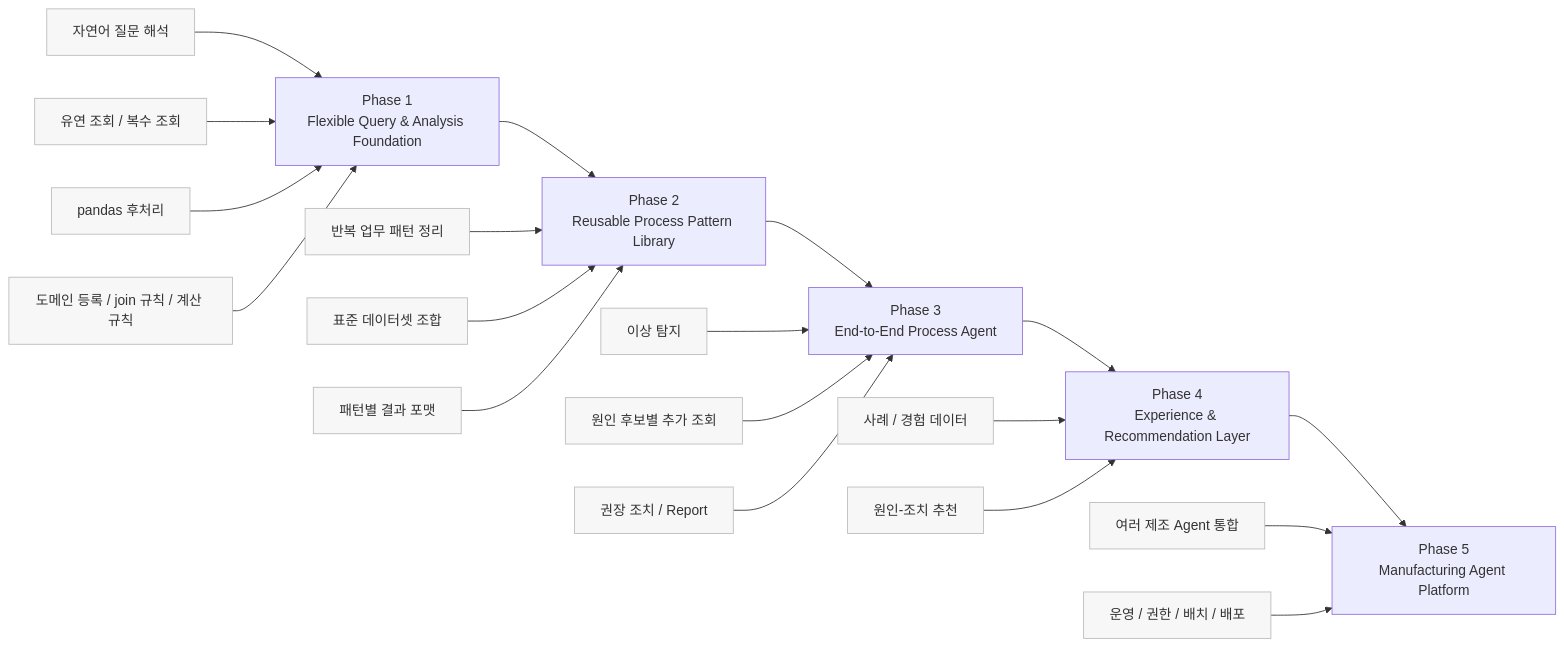
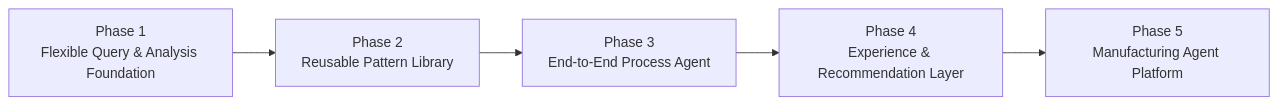
The first of 5 diagrams in reference_materials/docs/MANUFACTURING_AGENT_DIAGRAMS.md (bongG-moon/agent_test_v2), drawn with Mermaid before and after one commit. The commit also changed other lines of this file and 15 other files, not shown here.

````diff
--- a/reference_materials/docs/MANUFACTURING_AGENT_DIAGRAMS.md
+++ b/reference_materials/docs/MANUFACTURING_AGENT_DIAGRAMS.md
@@ -10,28 +7,7 @@
 ```mermaid
 flowchart LR
-    P1["Phase 1<br/>Flexible Query & Analysis Foundation"] --> P2["Phase 2<br/>Reusable Process Pattern Library"]
+    P1["Phase 1<br/>Flexible Query & Analysis Foundation"] --> P2["Phase 2<br/>Reusable Pattern Library"]
     P2 --> P3["Phase 3<br/>End-to-End Process Agent"]
     P3 --> P4["Phase 4<br/>Experience & Recommendation Layer"]
     P4 --> P5["Phase 5<br/>Manufacturing Agent Platform"]
-
-    P1A["자연어 질문 해석"]:::sub --> P1
-    P1B["유연 조회 / 복수 조회"]:::sub --> P1
-    P1C["pandas 후처리"]:::sub --> P1
-    P1D["도메인 등록 / join 규칙 / 계산 규칙"]:::sub --> P1
-
-    P2A["반복 업무 패턴 정리"]:::sub --> P2
-    P2B["표준 데이터셋 조합"]:::sub --> P2
-    P2C["패턴별 결과 포맷"]:::sub --> P2
-
-    P3A["이상 탐지"]:::sub --> P3
-    P3B["원인 후보별 추가 조회"]:::sub --> P3
-    P3C["권장 조치 / Report"]:::sub --> P3
-
-    P4A["사례 / 경험 데이터"]:::sub --> P4
-    P4B["원인-조치 추천"]:::sub --> P4
-
-    P5A["여러 제조 Agent 통합"]:::sub --> P5
-    P5B["운영 / 권한 / 배치 / 배포"]:::sub --> P5
-
-    classDef sub fill:#f7f7f7,stroke:#bbbbbb,color:#333333;
 ```
````
